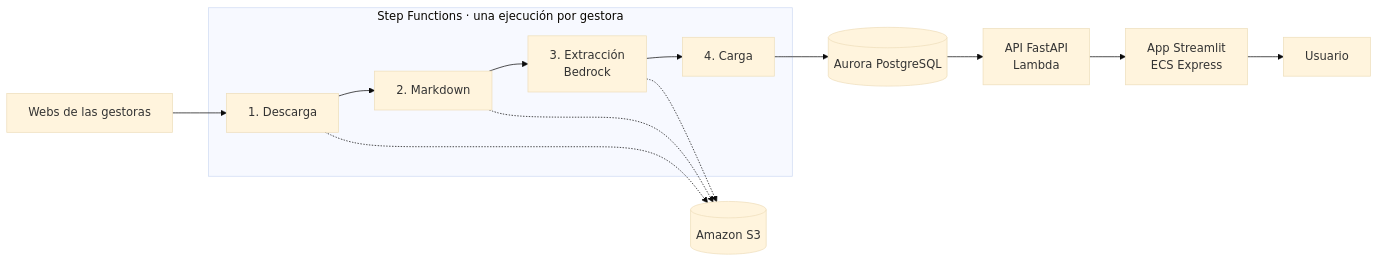
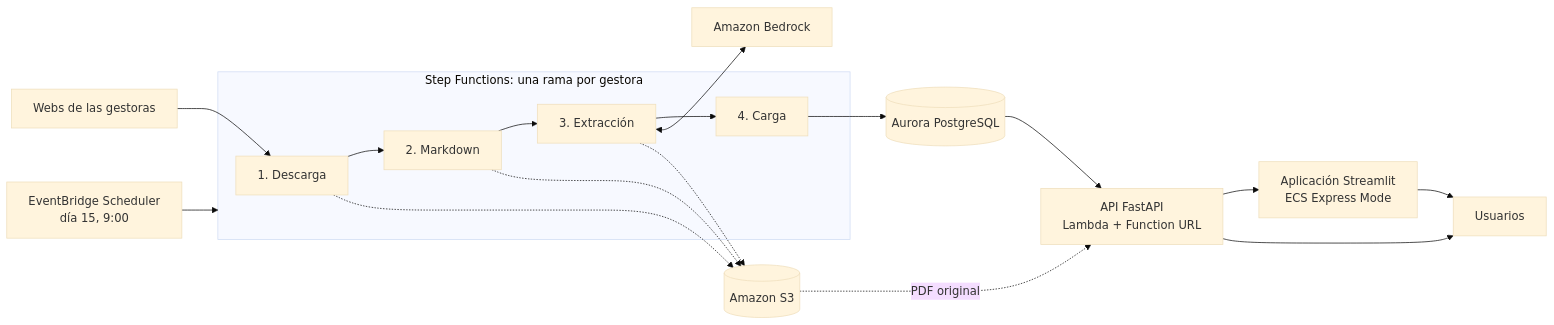
One commit to eglezarr/pipeline-kid-fondos changed the first of 4 diagrams in README.md. Above: the diagram before and after it, drawn with Mermaid (base theme). The commit also changed other lines of this file, not shown here.

````diff
--- a/README.md
+++ b/README.md
@@ -9,10 +68,16 @@
 ```mermaid
 flowchart LR
+    SCH[EventBridge Scheduler<br/>día 15, 9:00] --> SF
     W[Webs de las gestoras] --> D
-    subgraph SF["Step Functions · una ejecución por gestora"]
-        D[1. Descarga] --> M[2. Markdown] --> E[3. Extracción<br/>Bedrock] --> C[4. Carga]
+    subgraph SF["Step Functions: una rama por gestora"]
+        D[1. Descarga] --> M[2. Markdown] --> E[3. Extracción] --> C[4. Carga]
     end
+    E <--> BR[Amazon Bedrock]
     D & M & E -.-> S3[(Amazon S3)]
     C --> BD[(Aurora PostgreSQL)]
-    BD --> API[API FastAPI<br/>Lambda] --> APP[App Streamlit<br/>ECS Express] --> U[Usuario]
+    BD --> API[API FastAPI<br/>Lambda + Function URL]
+    S3 -. PDF original .-> API
+    API --> APP[Aplicación Streamlit<br/>ECS Express Mode]
+    API --> U[Usuarios]
+    APP --> U
 ```
````
